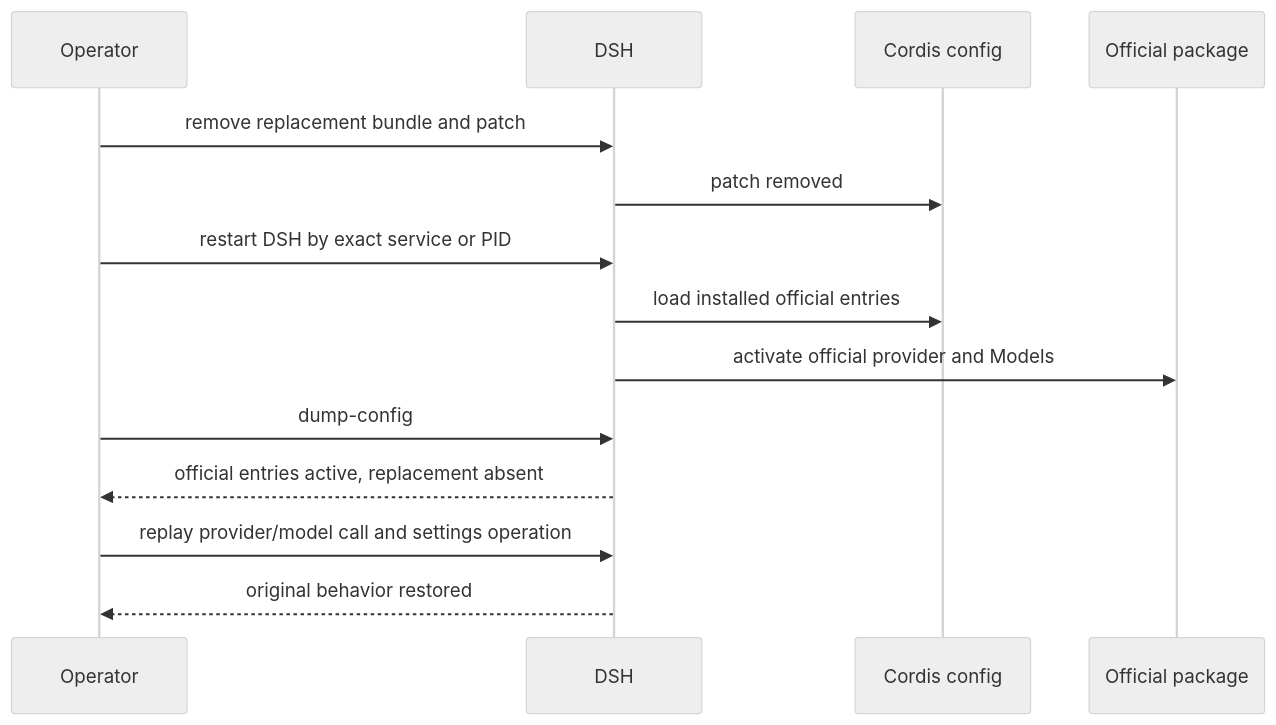
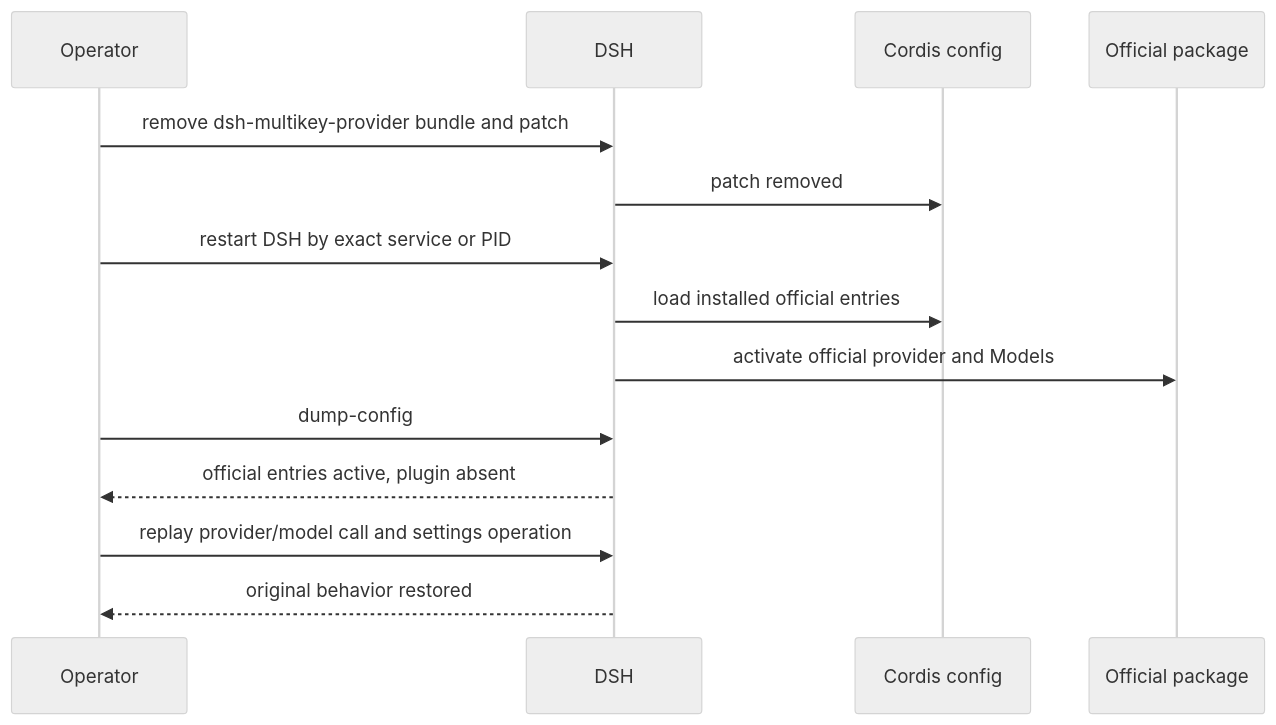
Before and after one commit to Jasonzhangf/agent-plugins: the diagram in dsh-multikey-provider/docs/diagrams/restore-sequence.mmd, drawn with Mermaid (neutral theme). The commit also changed 46 other files, not shown here.

Commit message:
feat(multikey): deliver additive pool provider, settings, probe

```diff
--- a/dsh-multikey-provider/docs/diagrams/restore-sequence.mmd
+++ b/dsh-multikey-provider/docs/diagrams/restore-sequence.mmd
@@ -1,15 +1,15 @@
 sequenceDiagram
   participant O as Operator
   participant D as DSH
   participant C as Cordis config
   participant P as Official package
 
-  O->>D: remove replacement bundle and patch
+  O->>D: remove dsh-multikey-provider bundle and patch
   D->>C: patch removed
   O->>D: restart DSH by exact service or PID
   D->>C: load installed official entries
   D->>P: activate official provider and Models
   O->>D: dump-config
-  D-->>O: official entries active, replacement absent
+  D-->>O: official entries active, plugin absent
   O->>D: replay provider/model call and settings operation
   D-->>O: original behavior restored
```
